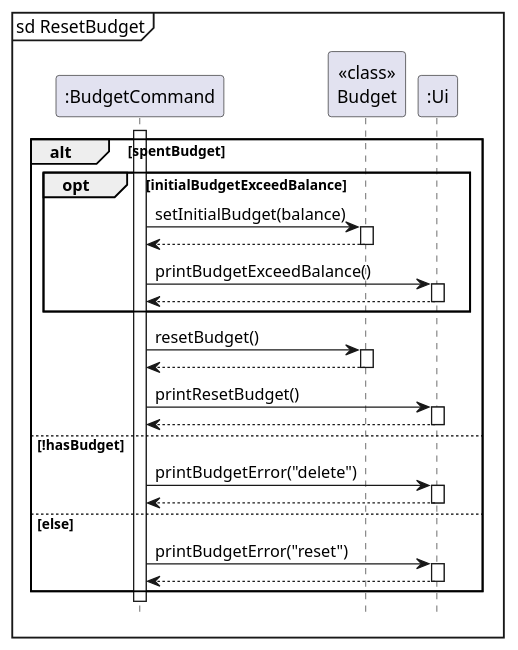
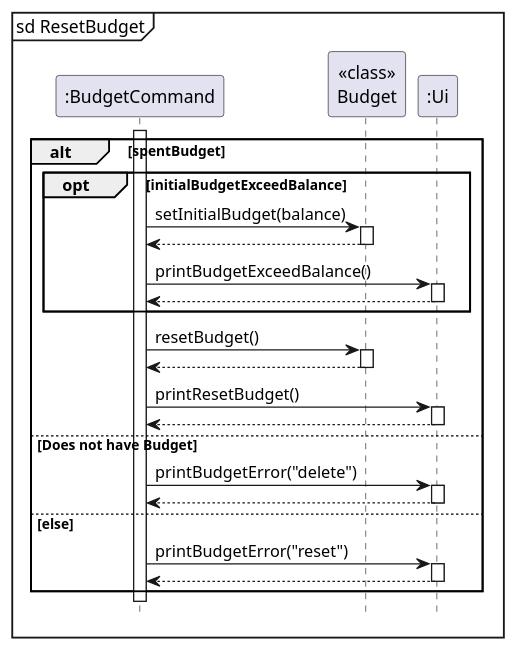
The diagram in docs/diagrams/resetBudget.puml (nus-cs2113-AY2324S1/tp), drawn with PlantUML before and after one commit. The commit also changed 1 other file, not shown here.

Commit message:
Update reset budget diagram

```diff
--- a/docs/diagrams/resetBudget.puml
+++ b/docs/diagrams/resetBudget.puml
@@ -1,32 +1,32 @@
 @startuml
 
 autoactivate on
 
 mainframe sd ResetBudget
 participant ":BudgetCommand" as BudgetCommand
 participant "<<class>>\nBudget" as Budget
 participant ":Ui" as Ui
 
 activate BudgetCommand
 
 alt spentBudget
     opt initialBudgetExceedBalance
         BudgetCommand -> Budget: setInitialBudget(balance)
         return
         BudgetCommand -> Ui: printBudgetExceedBalance()
         return
     end
     BudgetCommand -> Budget: resetBudget()
     return
     BudgetCommand -> Ui: printResetBudget()
     return
-else !hasBudget
+else Does not have Budget
     BudgetCommand -> Ui: printBudgetError("delete")
     return
 else else
     BudgetCommand -> Ui: printBudgetError("reset")
     return
 end
 
 hide footbox
 @enduml
```
